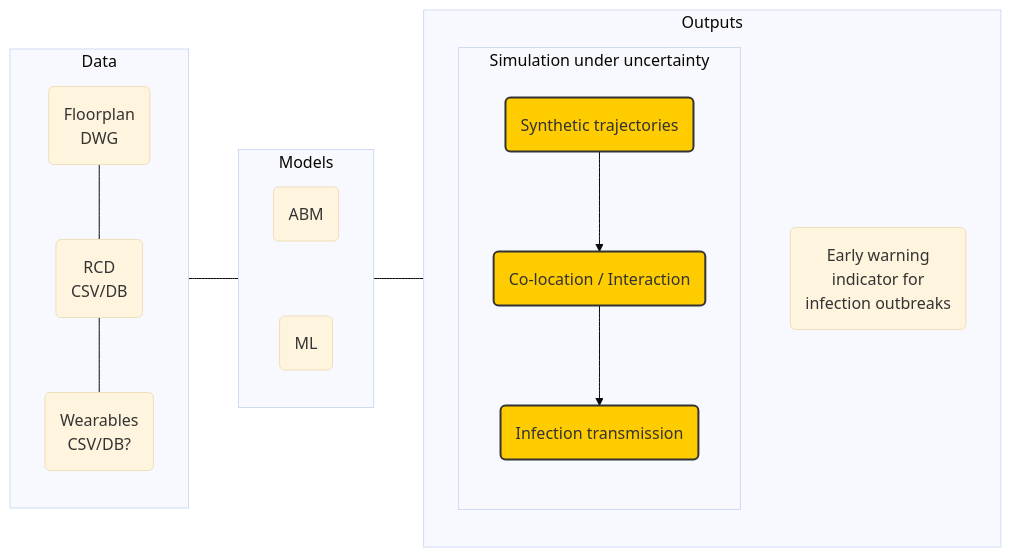
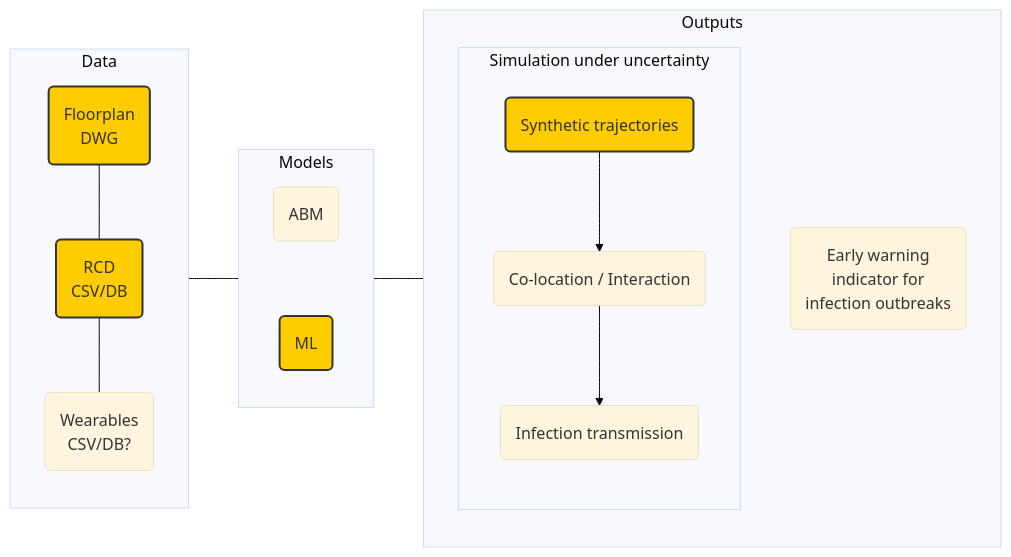
Before and after one commit to ksuchak1990/amr_hub_demos: the fourth of 11 diagrams in main.qmd, drawn with Mermaid (base theme). The commit also changed other lines of this file and 1 other file, not shown here.

````diff
--- a/main.qmd
+++ b/main.qmd
@@ -162,45 +162,45 @@
 ```{mermaid}
 flowchart LR
     classDef highlight fill:#ffcc00,stroke:#333,stroke-width:2px;
 
     subgraph Data
         direction TB
 
-        A(Floorplan<br>DWG)
-        B(RCD<br>CSV/DB)
+        A(Floorplan<br>DWG):::highlight
+        B(RCD<br>CSV/DB):::highlight
         C(Wearables<br>CSV/DB?)
 
         A --- B
         B --- C
     end
 
     subgraph Models
         direction TB
 
         D(ABM)
-        E(ML)
+        E(ML):::highlight
 
         D ~~~ E
     end
 
     subgraph Outputs
         direction TB
 
         I(Early warning<br>indicator for<br>infection outbreaks)
 
         subgraph "Simulation under uncertainty"
             direction TB
             F(Synthetic trajectories):::highlight
-            G(Co-location / Interaction):::highlight
-            H(Infection transmission):::highlight
+            G(Co-location / Interaction)
+            H(Infection transmission)
 
             F --> G
             G --> H
 
         end
 
     end
 
     Data --- Models
     Models --- Outputs
 ```
````
